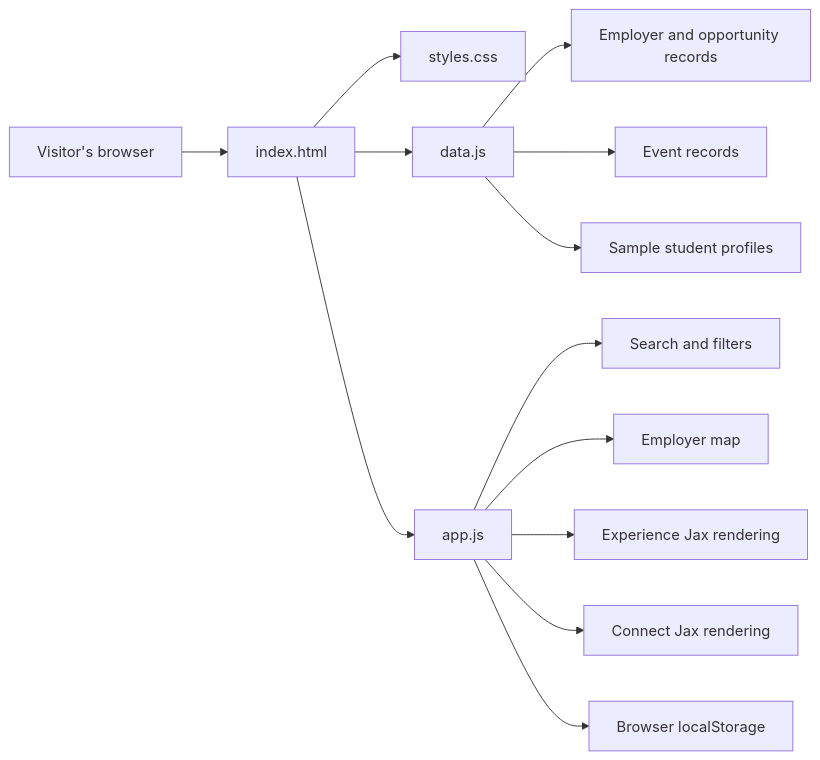
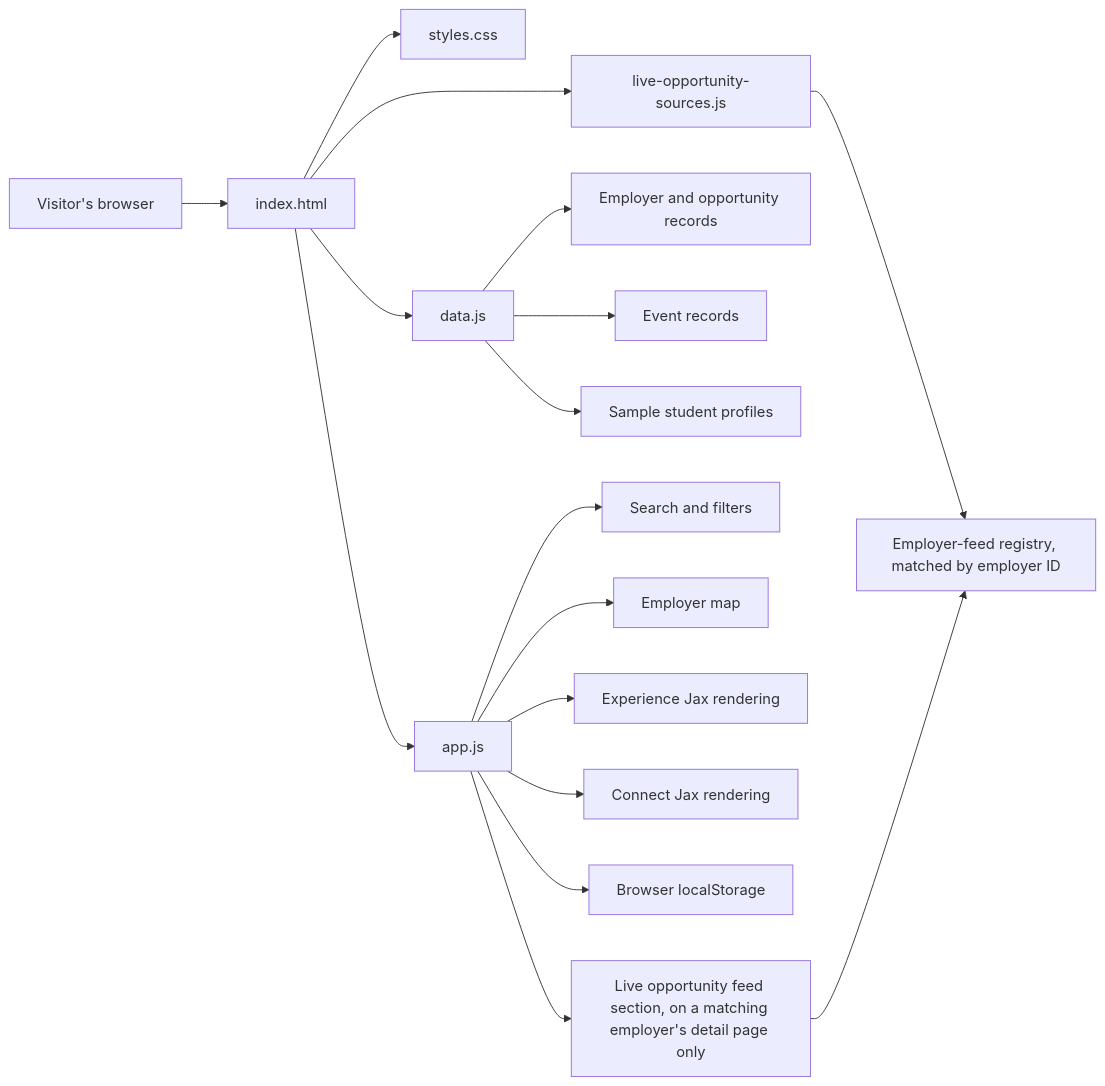
One commit to sunshinesmr9-ops/jumpstartjax changed the first of 2 diagrams in docs/architecture/current-state.md. Above: the diagram before and after it, drawn with Mermaid. The commit also changed other lines of this file and 1 other file, not shown here.

````diff
--- a/docs/architecture/current-state.md
+++ b/docs/architecture/current-state.md
@@ -25,17 +26,21 @@
 ```mermaid
 flowchart LR
     A[Visitor's browser] --> B[index.html]
     B --> C[styles.css]
     B --> D[data.js]
+    B --> DR[live-opportunity-sources.js]
     B --> E[app.js]
 
     D --> F[Employer and opportunity records]
     D --> G[Event records]
     D --> H[Sample student profiles]
+    DR --> R[Employer-feed registry, matched by employer ID]
 
     E --> I[Search and filters]
     E --> J[Employer map]
     E --> K[Experience Jax rendering]
     E --> L[Connect Jax rendering]
     E --> M[Browser localStorage]
+    E --> N[Live opportunity feed section, on a matching employer's detail page only]
+    N --> R
 ```
````
